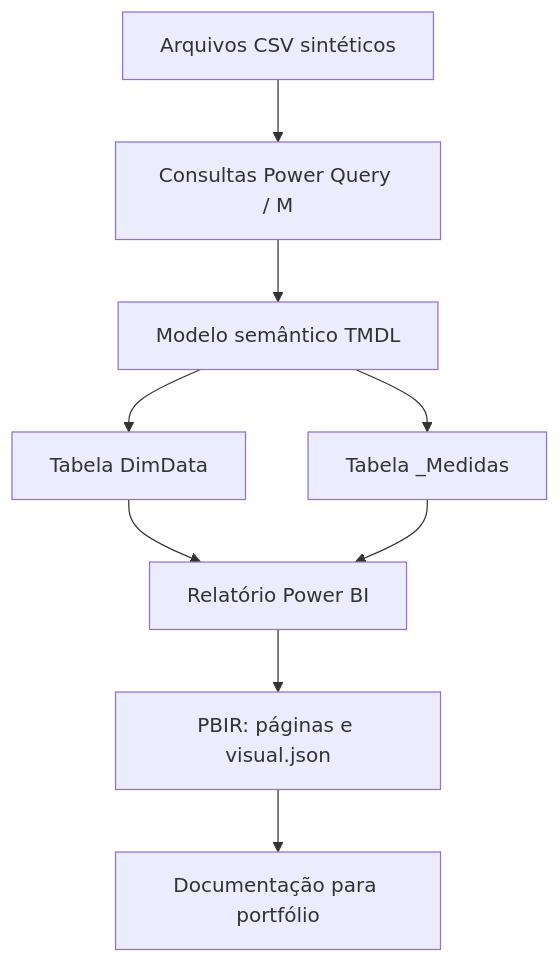
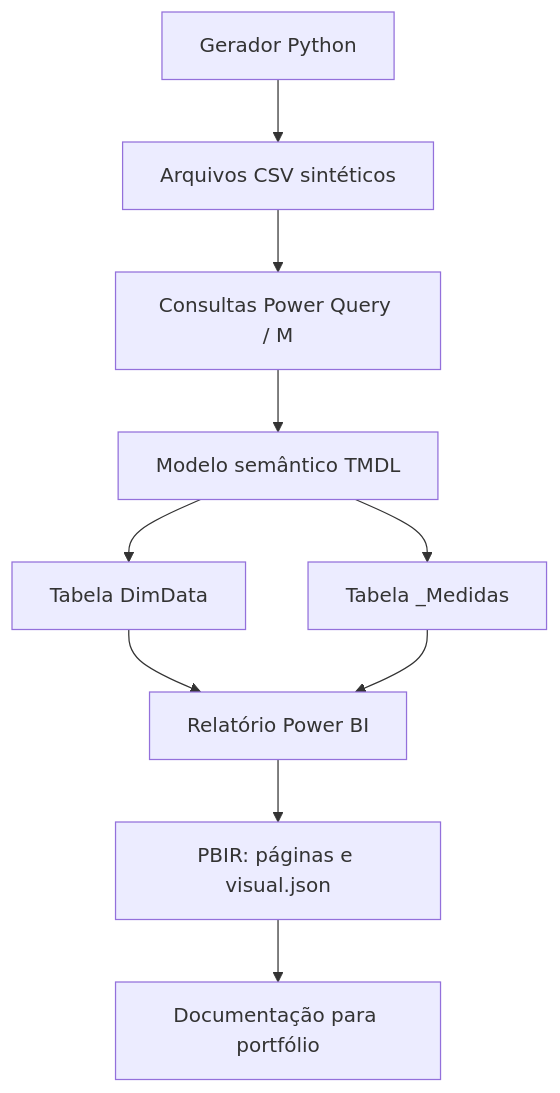
One commit to marcosramos26/Corporate-Travel-Intelligence changed the diagram in docs/architecture.md. Above: the diagram before and after it, drawn with Mermaid. The commit also changed other lines of this file and 22 other files, not shown here.

````diff
--- a/docs/architecture.md
+++ b/docs/architecture.md
@@ -9,11 +9,12 @@
 ```mermaid
 flowchart TD
-    A[Arquivos CSV sintéticos] --> B[Consultas Power Query / M]
-    B --> C[Modelo semântico TMDL]
-    C --> D[Tabela DimData]
-    C --> E[Tabela _Medidas]
-    D --> F[Relatório Power BI]
-    E --> F
-    F --> G[PBIR: páginas e visual.json]
-    G --> H[Documentação para portfólio]
+    A[Gerador Python] --> B[Arquivos CSV sintéticos]
+    B --> C[Consultas Power Query / M]
+    C --> D[Modelo semântico TMDL]
+    D --> E[Tabela DimData]
+    D --> F[Tabela _Medidas]
+    E --> G[Relatório Power BI]
+    F --> G
+    G --> H[PBIR: páginas e visual.json]
+    H --> I[Documentação para portfólio]
 ```
````
